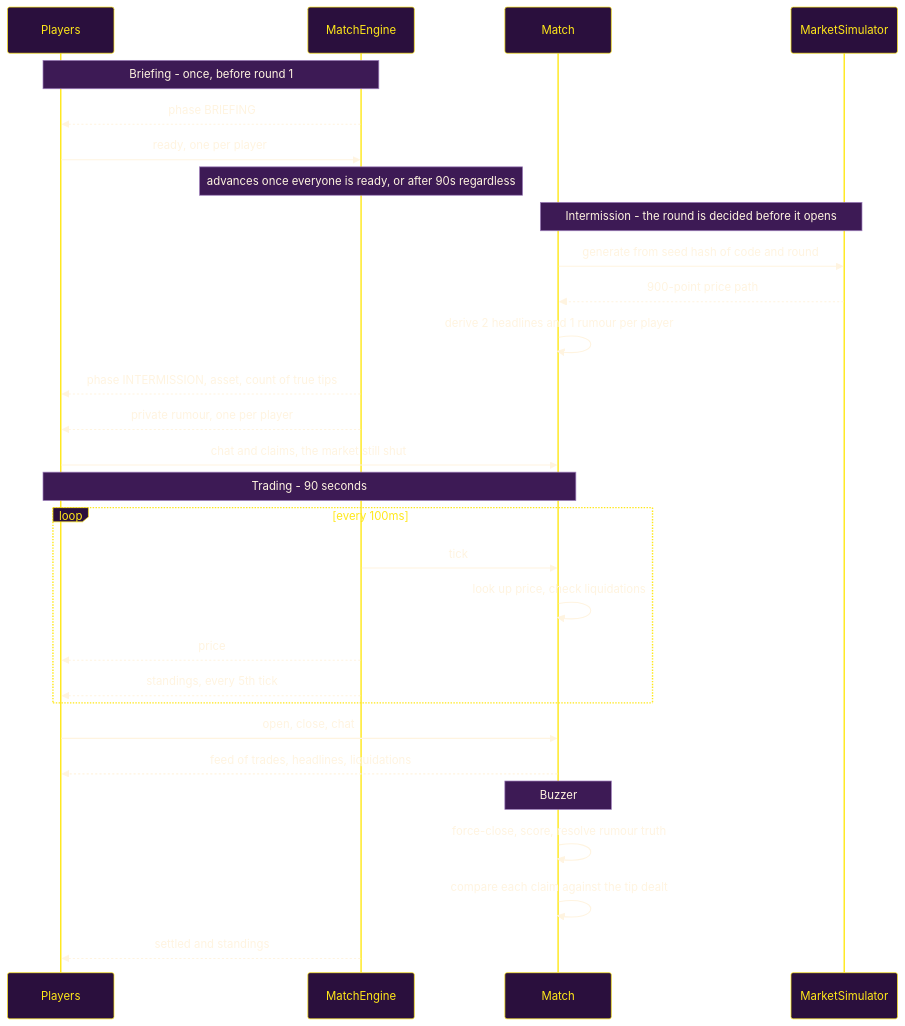
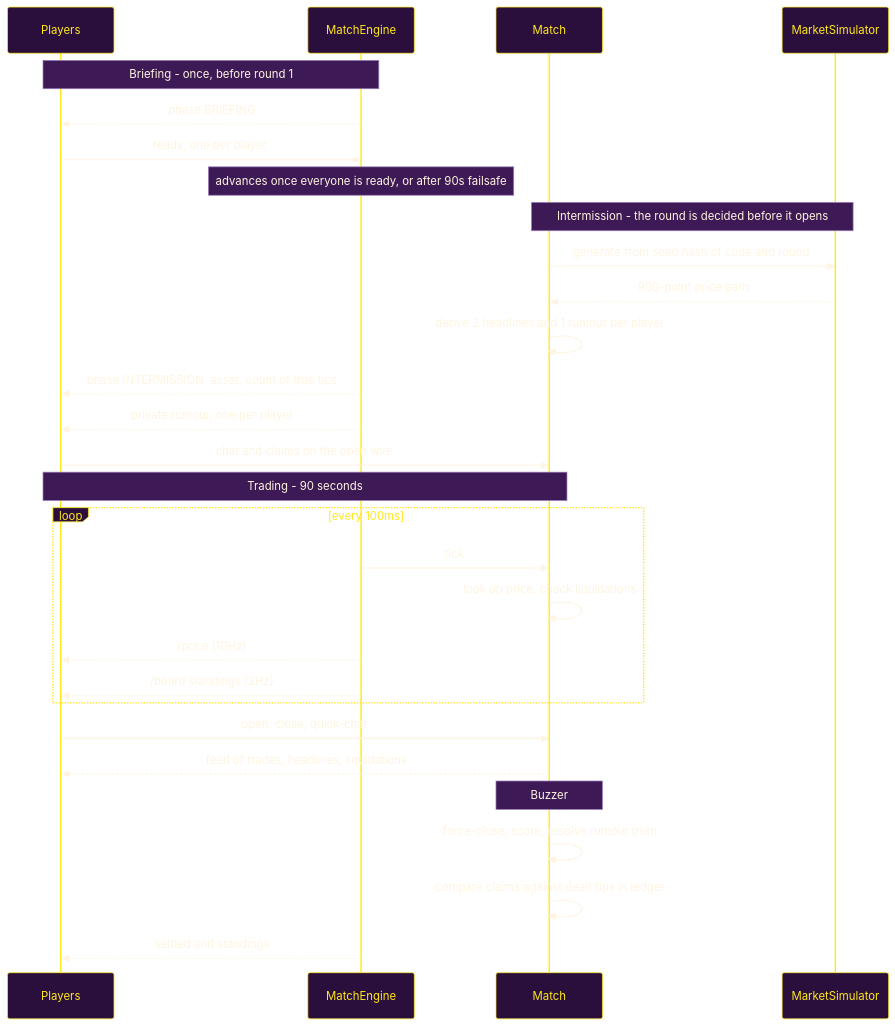
One commit to pushkqr/stonk-royale changed the first of 2 diagrams in README.md. Above: the diagram before and after it, drawn with Mermaid. The commit also changed other lines of this file and 5 other files, not shown here.

````diff
--- a/README.md
+++ b/README.md
@@ -196,36 +31,36 @@
 ```mermaid
 %%{init: {'theme':'base','themeVariables':{'primaryColor':'#2A0F3D','primaryTextColor':'#FFF4E0','primaryBorderColor':'#FFE81A','lineColor':'#FFE81A','actorBkg':'#2A0F3D','actorBorder':'#FFE81A','actorTextColor':'#FFE81A','signalColor':'#FFF4E0','signalTextColor':'#FFF4E0','noteBkgColor':'#3D1A55','noteTextColor':'#FFF4E0','noteBorderColor':'#9E7EBB'}}}%%
 sequenceDiagram
     participant P as Players
     participant E as MatchEngine
     participant M as Match
     participant S as MarketSimulator
 
     Note over P,E: Briefing - once, before round 1
     E-->>P: phase BRIEFING
     P->>E: ready, one per player
-    Note over E: advances once everyone is ready, or after 90s regardless
+    Note over E: advances once everyone is ready, or after 90s failsafe
 
     Note over M,S: Intermission - the round is decided before it opens
     M->>S: generate from seed hash of code and round
     S-->>M: 900-point price path
     M->>M: derive 2 headlines and 1 rumour per player
     E-->>P: phase INTERMISSION, asset, count of true tips
     E-->>P: private rumour, one per player
-    P->>M: chat and claims, the market still shut
+    P->>M: chat and claims on the open wire
 
     Note over P,M: Trading - 90 seconds
     loop every 100ms
         E->>M: tick
         M->>M: look up price, check liquidations
-        E-->>P: price
-        E-->>P: standings, every 5th tick
+        E-->>P: /price (10Hz)
+        E-->>P: /board standings (2Hz)
     end
-    P->>M: open, close, chat
+    P->>M: open, close, quick-chat
     M-->>P: feed of trades, headlines, liquidations
 
     Note over M: Buzzer
     M->>M: force-close, score, resolve rumour truth
-    M->>M: compare each claim against the tip dealt
+    M->>M: compare claims against dealt tips in ledger
     E-->>P: settled and standings
 ```
````
